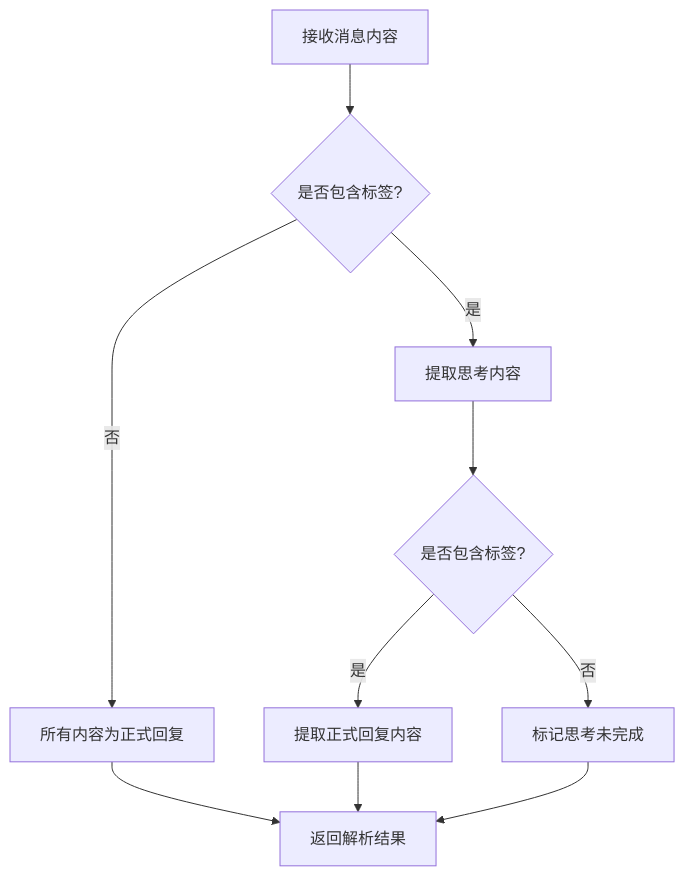
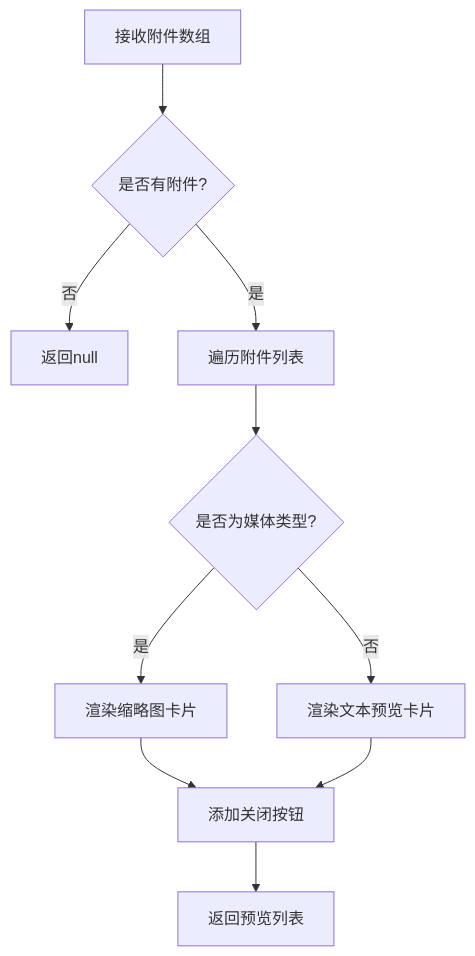
Before and after one commit to KunLabAI/KunFlix: the fifth of 13 diagrams in .qoder/repowiki/zh/content/Chat Message Enhancement.md, drawn with Mermaid. The commit also changed other lines of this file and 14 other files, not shown here.

````diff
--- a/.qoder/repowiki/zh/content/Chat Message Enhancement.md
+++ b/.qoder/repowiki/zh/content/Chat Message Enhancement.md
@@ -193,12 +243,12 @@
 ```mermaid
 flowchart TD
-A[接收消息内容] --> B{是否包含<think>标签?}
-B --> |否| C[所有内容为正式回复]
-B --> |是| D[提取思考内容]
-D --> E{是否包含</think>标签?}
-E --> |是| F[提取正式回复内容]
-E --> |否| G[标记思考未完成]
-C --> H[返回解析结果]
-F --> H
+A[接收附件数组] --> B{是否有附件?}
+B --> |否| C[返回null]
+B --> |是| D[遍历附件列表]
+D --> E{是否为媒体类型?}
+E --> |是| F[渲染缩略图卡片]
+E --> |否| G[渲染文本预览卡片]
+F --> H[添加关闭按钮]
 G --> H
+H --> I[返回预览列表]
 ```
````
